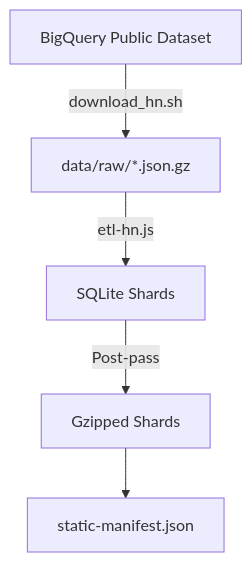
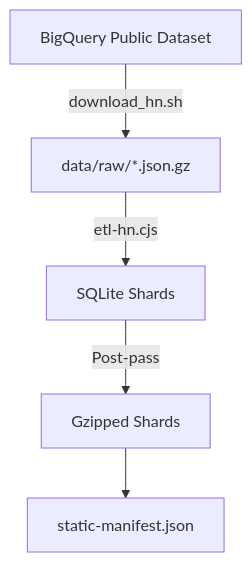
The first of 2 diagrams in README.md (DOSAYGO-STUDIO/HackerBook), drawn with Mermaid before and after one commit. The commit also changed other lines of this file and 12 other files, not shown here.

````diff
--- a/README.md
+++ b/README.md
@@ -192,7 +192,7 @@
 ```mermaid
 graph TD
   BQ[BigQuery Public Dataset] -->|download_hn.sh| Raw[data/raw/*.json.gz]
-  Raw -->|etl-hn.js| Shards[SQLite Shards]
+  Raw -->|etl-hn.cjs| Shards[SQLite Shards]
   Shards -->|Post-pass| GzShards[Gzipped Shards]
   GzShards --> Manifest[static-manifest.json]
 ```
````
